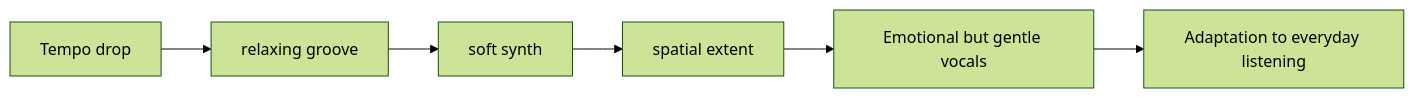
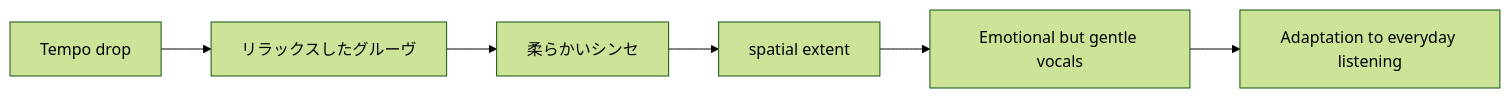
Before and after one commit to monumental-movement/monumental-movement.github.io: the second of 2 diagrams in en/_posts/2026-05-07-column-tropical-house.md, drawn with Mermaid (forest theme). The commit also changed other lines of this file and 1012 other files, not shown here.

```diff
--- a/en/_posts/2026-05-07-column-tropical-house.md
+++ b/en/_posts/2026-05-07-column-tropical-house.md
@@ -149,8 +149,8 @@
 <div class="mermaid">
 flowchart LR
-    A[Tempo drop] --> B[relaxing groove]
-    B --> C[soft synth]
+    A[Tempo drop] --> B[リラックスしたグルーヴ]
+    B --> C[柔らかいシンセ]
     C --> D[spatial extent]
     D --> E[Emotional but gentle vocals]
     E --> F[Adaptation to everyday listening]
 </div>
```
